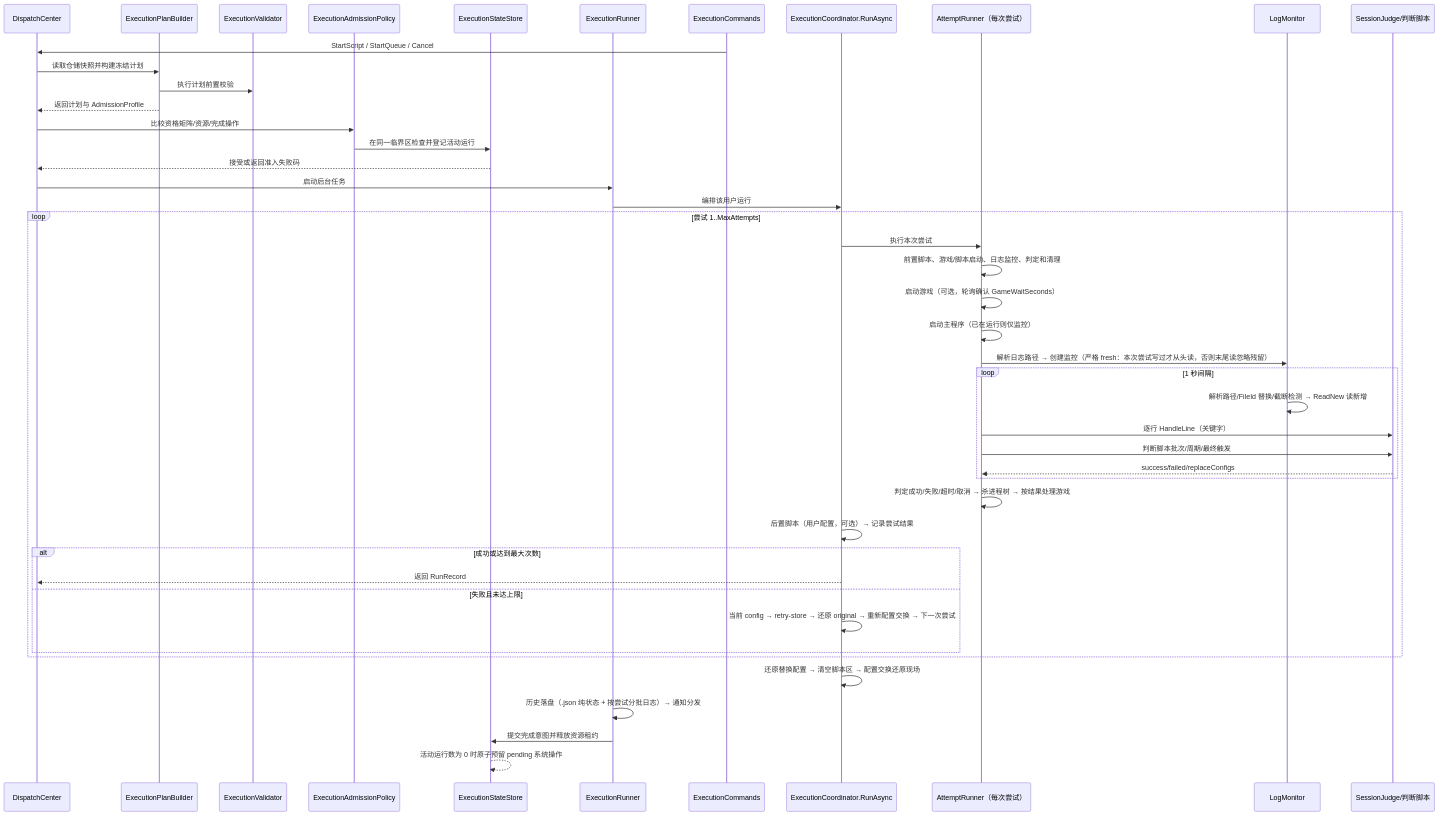
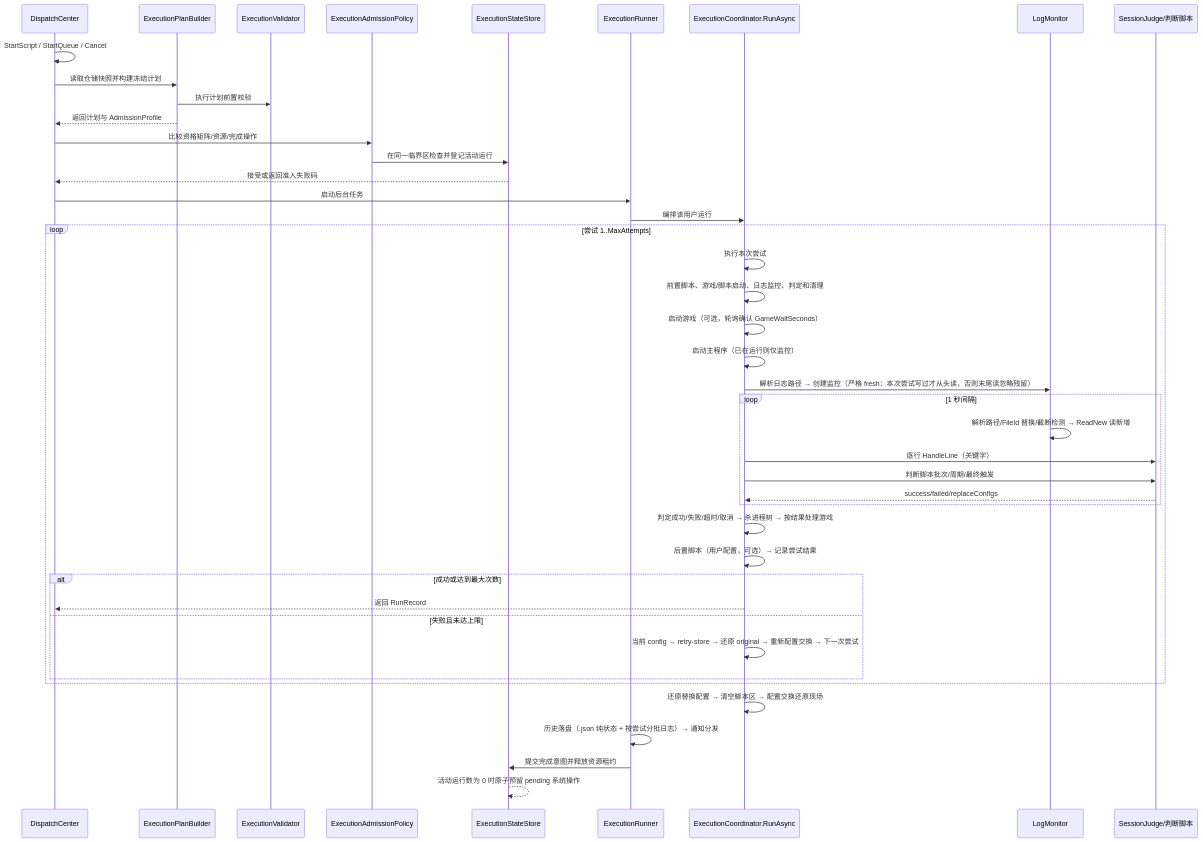
One commit to FlappiBakuse/NexusPipeline changed the first of 4 diagrams in docs/DESIGN.md. Above: the diagram before and after it, drawn with Mermaid. The commit also changed other lines of this file and 33 other files, not shown here.

````diff
--- a/docs/DESIGN.md
+++ b/docs/DESIGN.md
@@ -75,48 +75,46 @@
 ```mermaid
 sequenceDiagram
     participant DC as DispatchCenter
     participant P as ExecutionPlanBuilder
     participant V as ExecutionValidator
     participant Q as ExecutionAdmissionPolicy
     participant E as ExecutionStateStore
     participant R as ExecutionRunner
-    participant C as ExecutionCommands
     participant S as ExecutionCoordinator.RunAsync
-    participant A as AttemptRunner（每次尝试）
     participant M as LogMonitor
     participant J as SessionJudge/判断脚本
 
-    C->>DC: StartScript / StartQueue / Cancel
+    DC->>DC: StartScript / StartQueue / Cancel
     DC->>P: 读取仓储快照并构建冻结计划
     P->>V: 执行计划前置校验
     P-->>DC: 返回计划与 AdmissionProfile
     DC->>Q: 比较资格矩阵/资源/完成操作
     Q->>E: 在同一临界区检查并登记活动运行
     E-->>DC: 接受或返回准入失败码
     DC->>R: 启动后台任务
     R->>S: 编排该用户运行
     loop 尝试 1..MaxAttempts
-        S->>A: 执行本次尝试
-        A->>A: 前置脚本、游戏/脚本启动、日志监控、判定和清理
-        A->>A: 启动游戏（可选，轮询确认 GameWaitSeconds）
-        A->>A: 启动主程序（已在运行则仅监控）
-        A->>M: 解析日志路径 → 创建监控（严格 fresh：本次尝试写过才从头读，否则末尾读忽略残留）
+        S->>S: 执行本次尝试
+        S->>S: 前置脚本、游戏/脚本启动、日志监控、判定和清理
+        S->>S: 启动游戏（可选，轮询确认 GameWaitSeconds）
+        S->>S: 启动主程序（已在运行则仅监控）
+        S->>M: 解析日志路径 → 创建监控（严格 fresh：本次尝试写过才从头读，否则末尾读忽略残留）
         loop 1 秒间隔
             M->>M: 解析路径/FileId 替换/截断检测 → ReadNew 读新增
-            A->>J: 逐行 HandleLine（关键字）
-            A->>J: 判断脚本批次/周期/最终触发
-            J-->>A: success/failed/replaceConfigs
+            S->>J: 逐行 HandleLine（关键字）
+            S->>J: 判断脚本批次/周期/最终触发
+            J-->>S: success/failed/replaceConfigs
         end
-        A->>A: 判定成功/失败/超时/取消 → 杀进程树 → 按结果处理游戏
+        S->>S: 判定成功/失败/超时/取消 → 杀进程树 → 按结果处理游戏
         S->>S: 后置脚本（用户配置，可选）→ 记录尝试结果
         alt 成功或达到最大次数
             S-->>DC: 返回 RunRecord
         else 失败且未达上限
             S->>S: 当前 config → retry-store → 还原 original → 重新配置交换 → 下一次尝试
         end
     end
     S->>S: 还原替换配置 → 清空脚本区 → 配置交换还原现场
     R->>R: 历史落盘（.json 纯状态 + 按尝试分批日志）→ 通知分发
     R->>E: 提交完成意图并释放资源租约
     E-->>E: 活动运行数为 0 时原子预留 pending 系统操作
 ```
````
